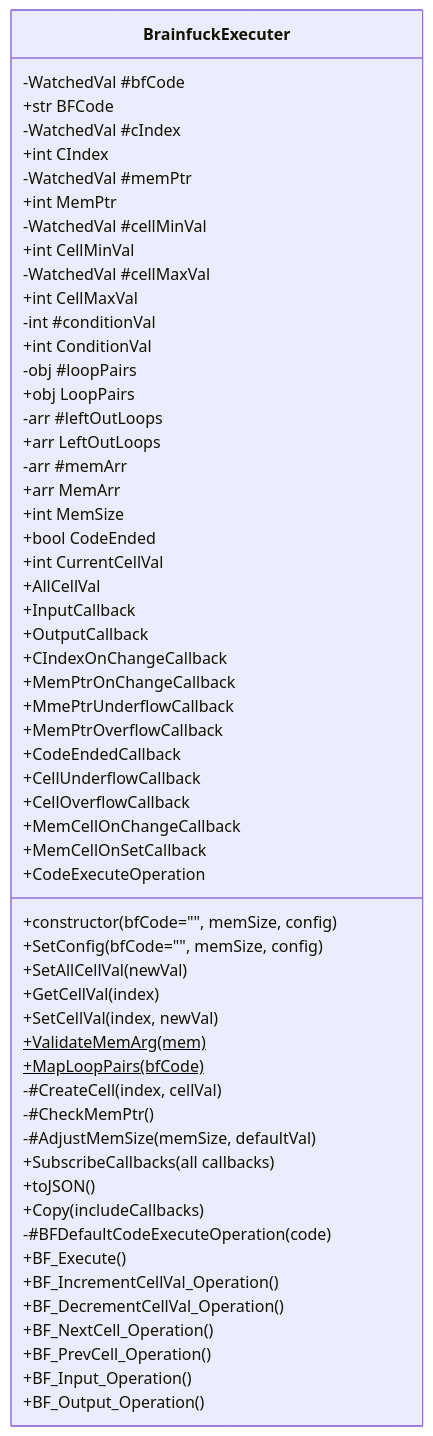
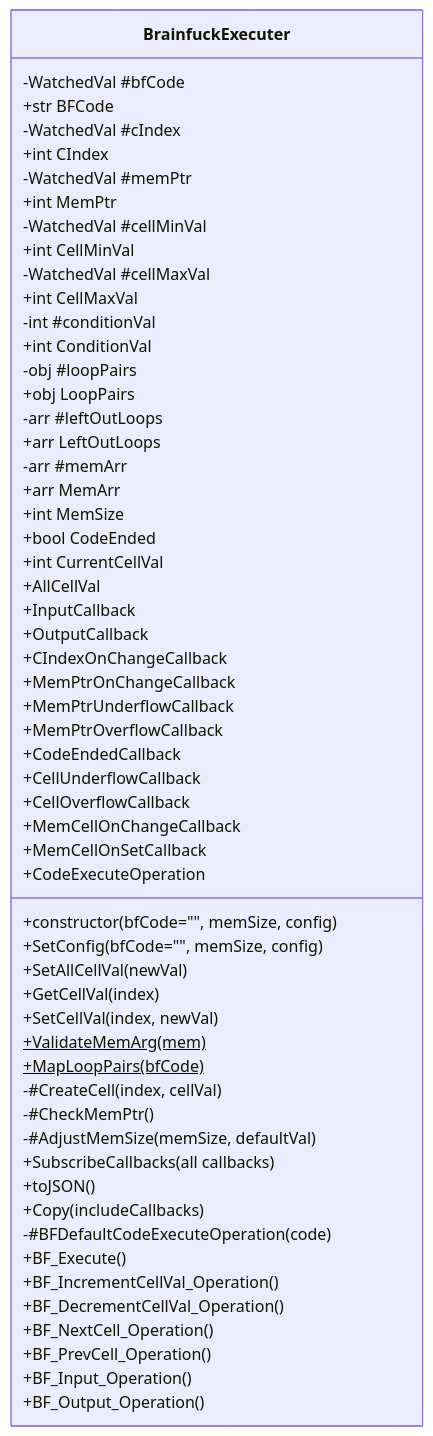
Before and after one commit to BCS21090011/BrainFucker: the first of 44 diagrams in Classes_Info/BrainfuckExecuter.md, drawn with Mermaid. The commit also changed other lines of this file, not shown here.

````diff
--- a/Classes_Info/BrainfuckExecuter.md
+++ b/Classes_Info/BrainfuckExecuter.md
@@ -5,66 +5,66 @@
 ```mermaid
 classDiagram
 
 class BrainfuckExecuter {
     -WatchedVal #bfCode
     +str BFCode
     -WatchedVal #cIndex
     +int CIndex
     -WatchedVal #memPtr
     +int MemPtr
     -WatchedVal #cellMinVal
     +int CellMinVal
     -WatchedVal #cellMaxVal
     +int CellMaxVal
 
     -int #conditionVal
     +int ConditionVal
     -obj #loopPairs
     +obj LoopPairs
     -arr #leftOutLoops
     +arr LeftOutLoops
     -arr #memArr
     +arr MemArr
 
     +int MemSize
     +bool CodeEnded
     +int CurrentCellVal
     +AllCellVal
 
     +InputCallback
     +OutputCallback
     +CIndexOnChangeCallback
     +MemPtrOnChangeCallback
-    +MmePtrUnderflowCallback
+    +MemPtrUnderflowCallback
     +MemPtrOverflowCallback
     +CodeEndedCallback
     +CellUnderflowCallback
     +CellOverflowCallback
     +MemCellOnChangeCallback
     +MemCellOnSetCallback
     +CodeExecuteOperation
 
     +constructor(bfCode="", memSize, config)
     +SetConfig(bfCode="", memSize, config)
     +SetAllCellVal(newVal)
     +GetCellVal(index)
     +SetCellVal(index, newVal)
     +ValidateMemArg(mem)$
     +MapLoopPairs(bfCode)$
     -#CreateCell(index, cellVal)
     -#CheckMemPtr()
     -#AdjustMemSize(memSize, defaultVal)
     +SubscribeCallbacks(all callbacks)
     +toJSON()
     +Copy(includeCallbacks)
 
     -#BFDefaultCodeExecuteOperation(code)
     +BF_Execute()
     +BF_IncrementCellVal_Operation()
     +BF_DecrementCellVal_Operation()
     +BF_NextCell_Operation()
     +BF_PrevCell_Operation()
     +BF_Input_Operation()
     +BF_Output_Operation()
 }
 ```
````
